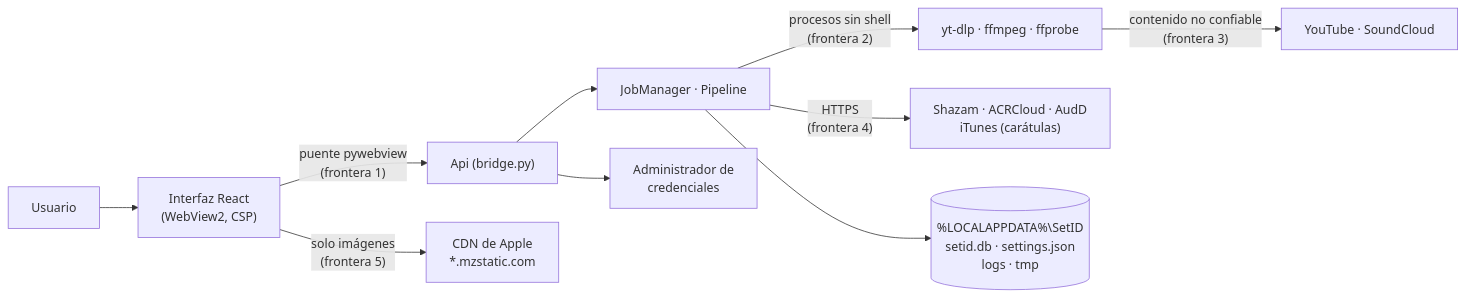
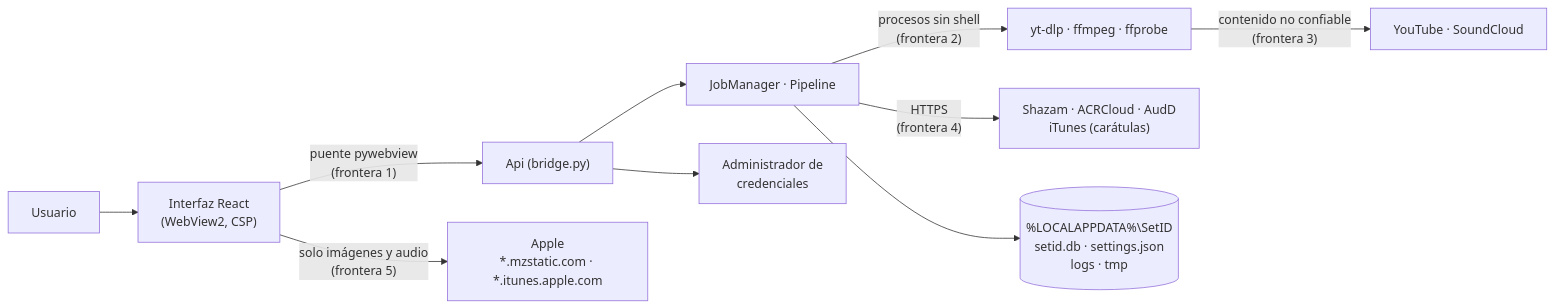
One commit to luzonventura/SetID changed the diagram in SECURITY.md. Above: the diagram before and after it, drawn with Mermaid. The commit also changed other lines of this file and 29 other files, not shown here.

````diff
--- a/SECURITY.md
+++ b/SECURITY.md
@@ -17,12 +17,12 @@
 ```mermaid
 flowchart LR
     U["Usuario"] --> UI["Interfaz React<br/>(WebView2, CSP)"]
     UI -- "puente pywebview<br/>(frontera 1)" --> API["Api (bridge.py)"]
     API --> CORE["JobManager · Pipeline"]
     CORE -- "procesos sin shell<br/>(frontera 2)" --> EXT["yt-dlp · ffmpeg · ffprobe"]
     EXT -- "contenido no confiable<br/>(frontera 3)" --> NET["YouTube · SoundCloud"]
     CORE -- "HTTPS<br/>(frontera 4)" --> PROV["Shazam · ACRCloud · AudD<br/>iTunes (carátulas)"]
-    UI -- "solo imágenes<br/>(frontera 5)" --> CDN["CDN de Apple<br/>*.mzstatic.com"]
+    UI -- "solo imágenes y audio<br/>(frontera 5)" --> CDN["Apple<br/>*.mzstatic.com · *.itunes.apple.com"]
     CORE --> DATA[("%LOCALAPPDATA%\SetID<br/>setid.db · settings.json<br/>logs · tmp")]
     API --> CRED["Administrador de<br/>credenciales"]
 ```
````
